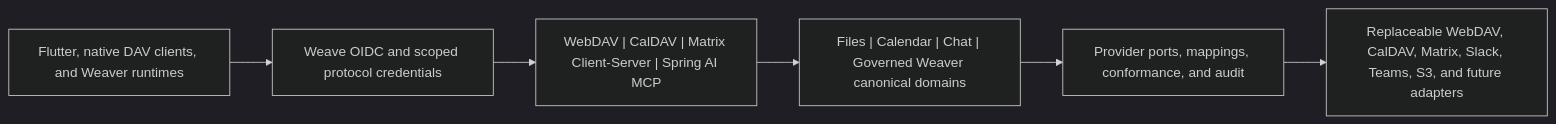
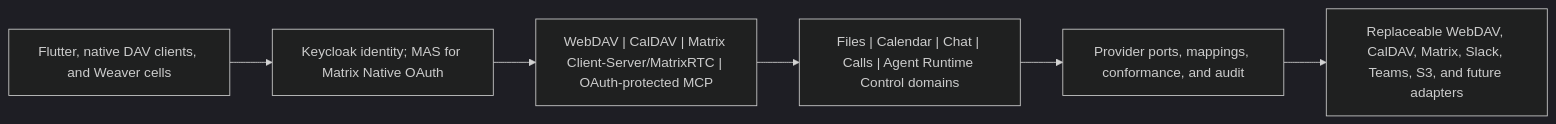
One commit to masssi164/weave changed the diagram in README.md. Above: the diagram before and after it, drawn with Mermaid (dark theme). The commit also changed other lines of this file and 331 other files, not shown here.

````diff
--- a/README.md
+++ b/README.md
@@ -34,8 +36,8 @@
 ```mermaid
 flowchart LR
-  clients["Flutter, native DAV clients, and Weaver runtimes"] --> oidc["Weave OIDC and scoped protocol credentials"]
-  oidc --> northbound["WebDAV | CalDAV | Matrix Client-Server | Spring AI MCP"]
-  northbound --> domains["Files | Calendar | Chat | Governed Weaver canonical domains"]
+  clients["Flutter, native DAV clients, and Weaver cells"] --> oidc["Keycloak identity; MAS for Matrix Native OAuth"]
+  oidc --> northbound["WebDAV | CalDAV | Matrix Client-Server/MatrixRTC | OAuth-protected MCP"]
+  northbound --> domains["Files | Calendar | Chat | Calls | Agent Runtime Control domains"]
   domains --> ports["Provider ports, mappings, conformance, and audit"]
   ports --> providers["Replaceable WebDAV, CalDAV, Matrix, Slack, Teams, S3, and future adapters"]
 ```
````
